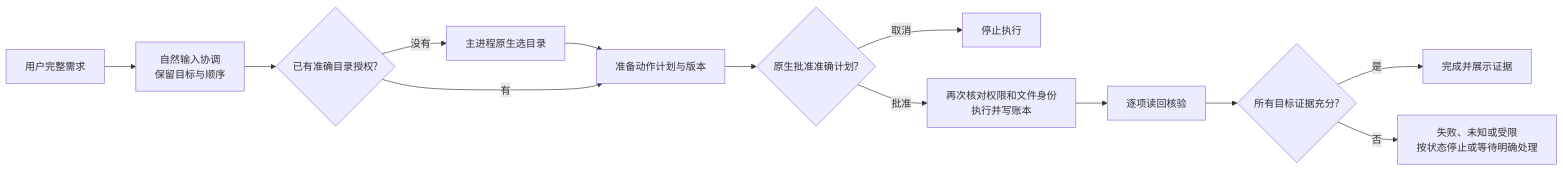
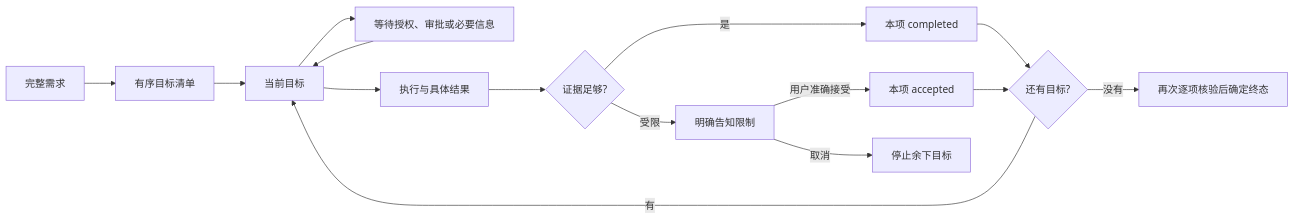
One commit to Kr1sxu/Orvia changed the third of 5 diagrams in docs/LEARNING_GUIDE.md. Above: the diagram before and after it, drawn with Mermaid. The commit also changed other lines of this file and 1 other file, not shown here.

Commit message:
docs: expand Orvia guide into full architecture tutorial

````diff
--- a/docs/LEARNING_GUIDE.md
+++ b/docs/LEARNING_GUIDE.md
@@ -70,15 +320,17 @@
 ```mermaid
 flowchart LR
-  U[用户完整需求] --> N[自然输入协调<br/>保留目标与顺序]
-  N --> G{已有准确目录授权?}
-  G -->|没有| D[主进程原生选目录]
-  D --> P[准备动作计划与版本]
-  G -->|有| P
-  P --> A{原生批准准确计划?}
-  A -->|取消| X[停止执行]
-  A -->|批准| E[再次核对权限和文件身份<br/>执行并写账本]
-  E --> V[逐项读回核验]
-  V --> F{所有目标证据充分?}
-  F -->|是| C[完成并展示证据]
-  F -->|否| W[失败、未知或受限<br/>按状态停止或等待明确处理]
+  U[完整需求] --> S[有序目标清单]
+  S --> P[当前目标]
+  P --> W[等待授权、审批或必要信息]
+  W --> P
+  P --> E[执行与具体结果]
+  E --> V{证据足够?}
+  V -->|是| D[本项 completed]
+  V -->|受限| L[明确告知限制]
+  L -->|用户准确接受| A[本项 accepted]
+  L -->|取消| X[停止余下目标]
+  D --> N{还有目标?}
+  A --> N
+  N -->|有| P
+  N -->|没有| F[再次逐项核验后确定终态]
 ```
````
